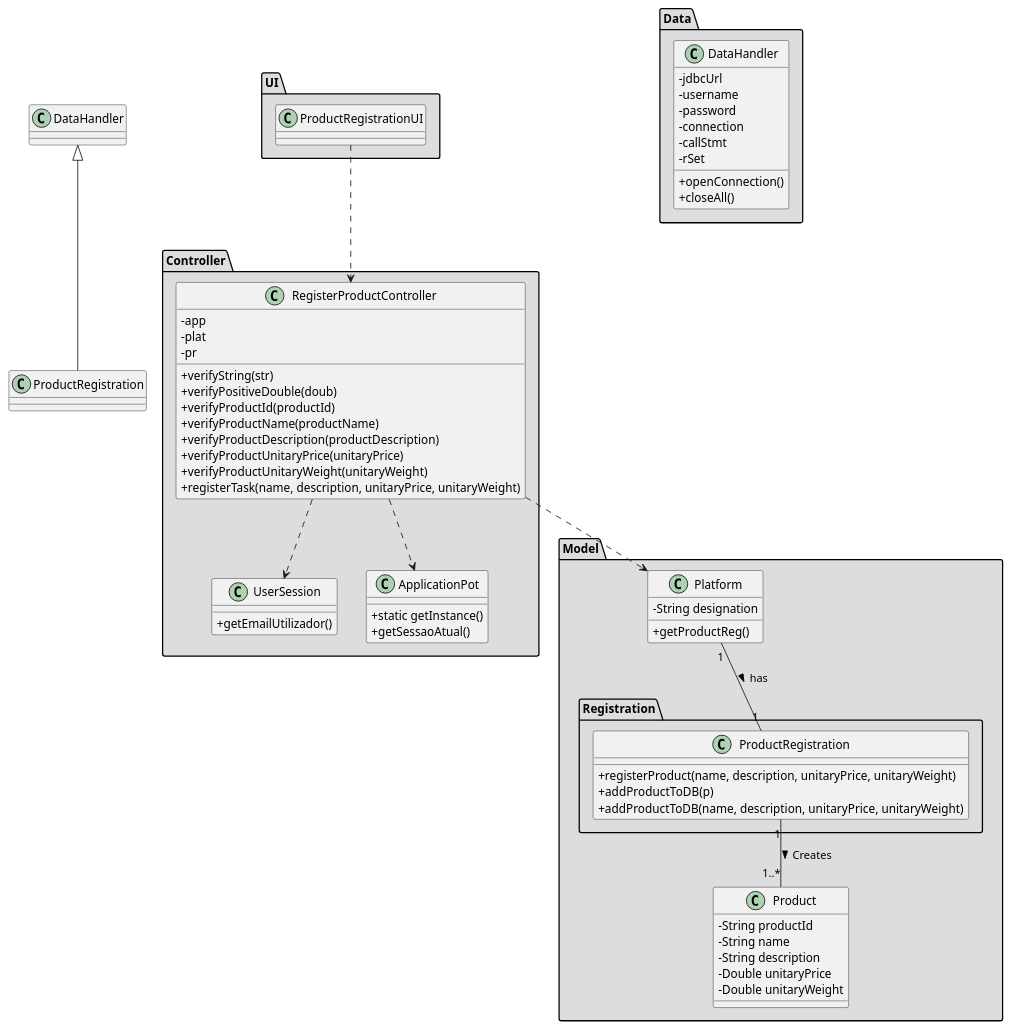
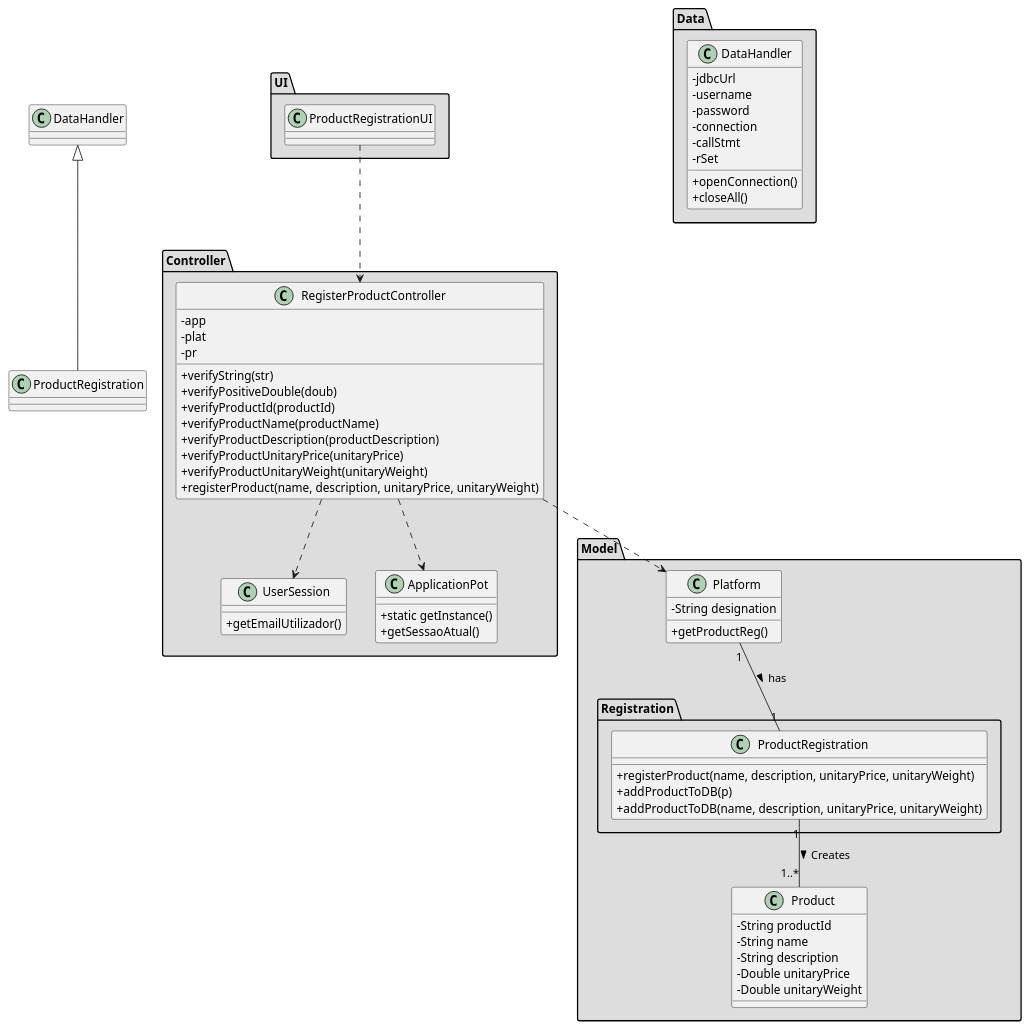
The diagram in docs/Iteration 1/Product Management/US70_RegisterProduct/US70_CD.puml (tiagoavcosta25/LAPR3), drawn with PlantUML before and after one commit. The commit also changed 1 other file, not shown here.

Commit message:
LAPR2AP2-70 #close Product Registration [Review]

```diff
--- a/docs/Iteration 1/Product Management/US70_RegisterProduct/US70_CD.puml
+++ b/docs/Iteration 1/Product Management/US70_RegisterProduct/US70_CD.puml
@@ -1,78 +1,78 @@
 @startuml
 skinparam classAttributeIconSize 0
 package "UI" #DDDDDD {
     class ProductRegistrationUI{
     }
 }
 
 package "Controller" #DDDDDD {
     class RegisterProductController{
         -app
         -plat
         -pr
         +verifyString(str)
         +verifyPositiveDouble(doub)
         +verifyProductId(productId)
         +verifyProductName(productName)
         +verifyProductDescription(productDescription)
         +verifyProductUnitaryPrice(unitaryPrice)
         +verifyProductUnitaryWeight(unitaryWeight)
-        +registerTask(name, description, unitaryPrice, unitaryWeight)
+        +registerProduct(name, description, unitaryPrice, unitaryWeight)
     }
 
     class UserSession {
         +getEmailUtilizador()
     }
 
     class ApplicationPot {
         +static getInstance()
         +getSessaoAtual()
     }
 }
 
 package "Model" #DDDDDD {
     class Platform {
         -String designation
         +getProductReg()
     }
 
     class Product{
         -String productId
         -String name
         -String description
         -Double unitaryPrice
         -Double unitaryWeight
     }
 
     package "Registration" #DDDDDD {
         class ProductRegistration{
             +registerProduct(name, description, unitaryPrice, unitaryWeight)
             +addProductToDB(p)
             +addProductToDB(name, description, unitaryPrice, unitaryWeight)
         }
     }
 }
 
 
 package "Data" #DDDDDD {
     class DataHandler{
         -jdbcUrl
         -username
         -password
         -connection
         -callStmt
         -rSet
         +openConnection()
         +closeAll()
     }
 }
 
 
 ProductRegistrationUI ..> RegisterProductController
 RegisterProductController ..> Platform
 RegisterProductController ..> ApplicationPot
 RegisterProductController ..> UserSession
 Platform "1" -- "1" ProductRegistration: has >
 ProductRegistration "1" -- "1..*" Product: Creates >
 class ProductRegistration extends DataHandler
 @enduml
```
